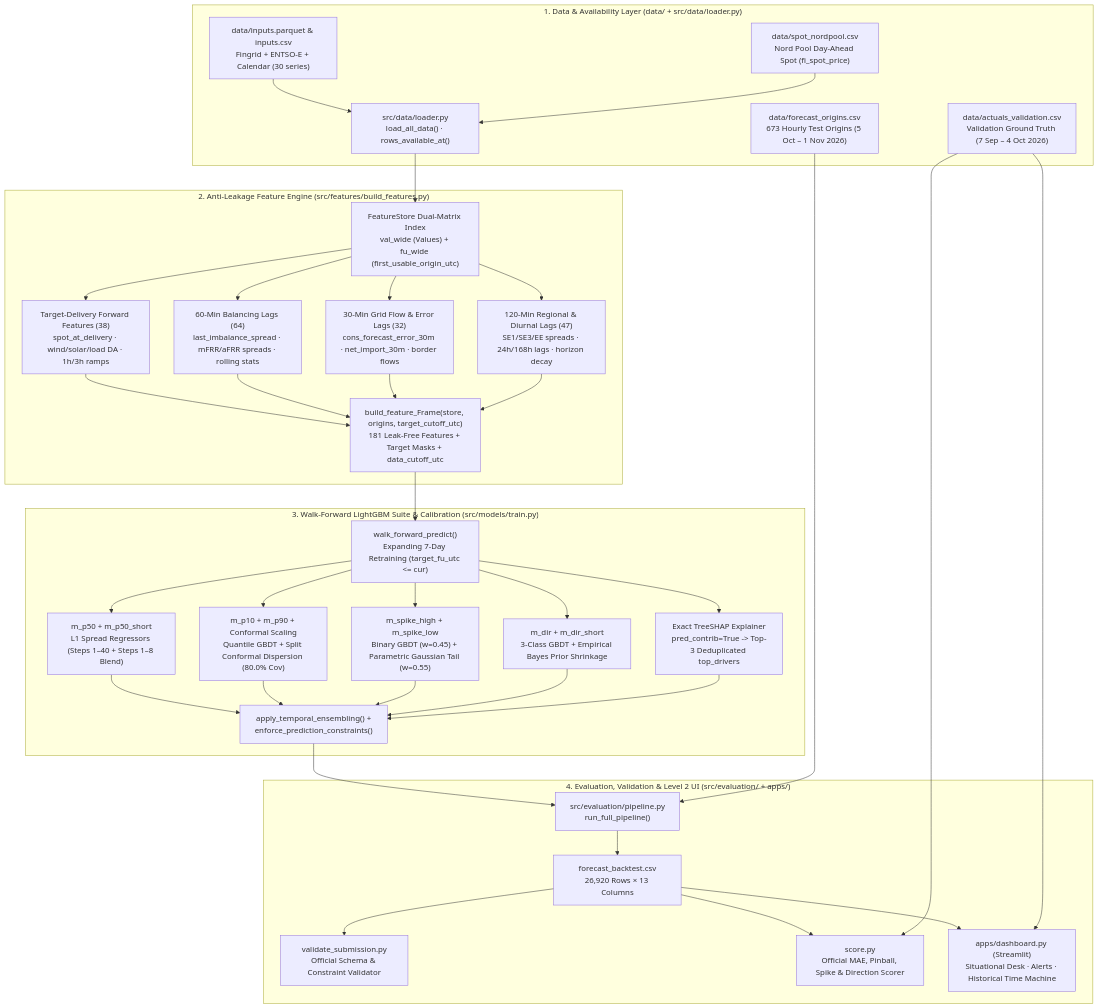
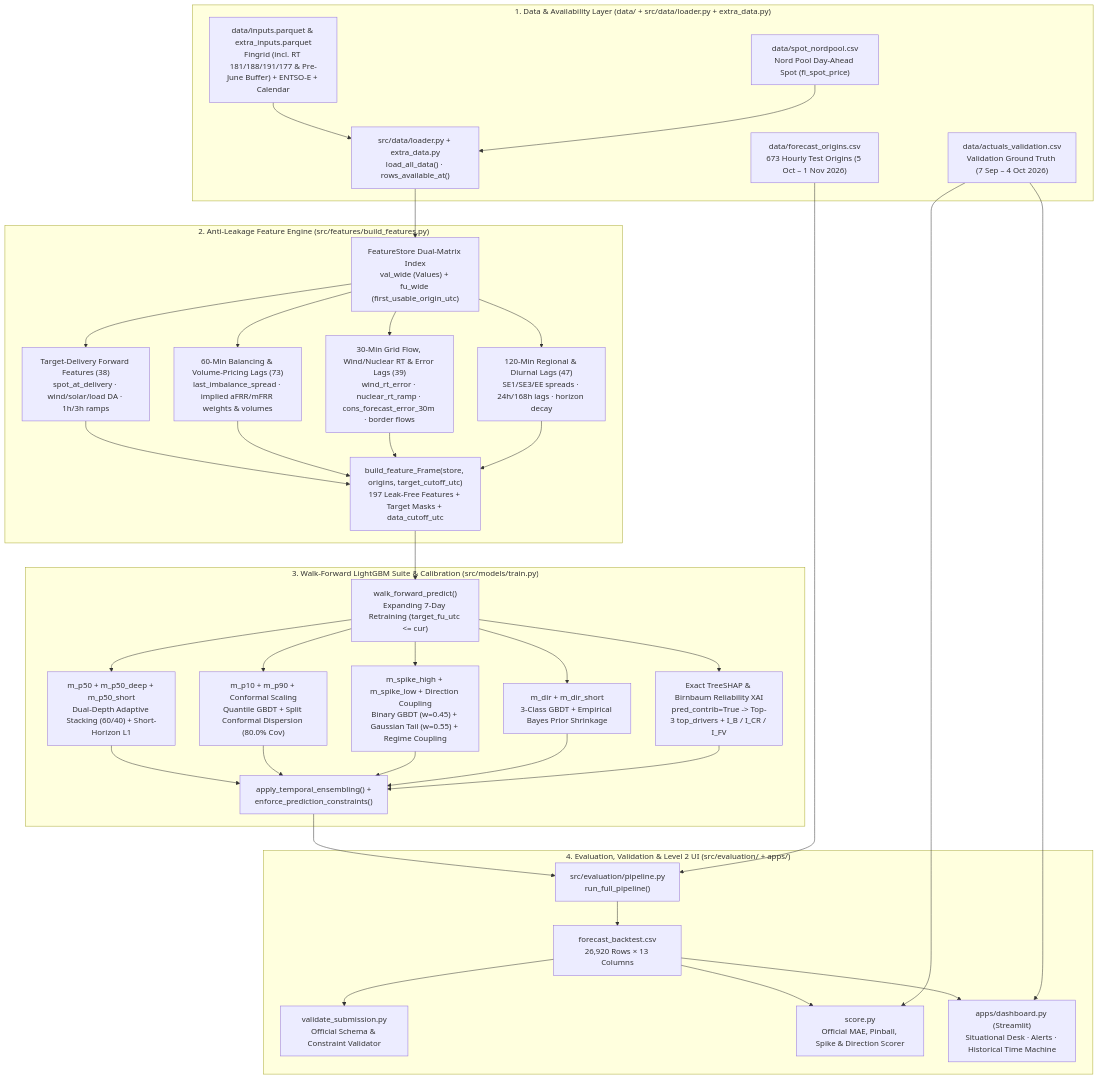
Before and after one commit to Pabl057/Turku_Energia_SinceAI: the first of 4 diagrams in docs/ARCHITECTURE.md, drawn with Mermaid. The commit also changed 36 other files, not shown here.

````diff
--- a/docs/ARCHITECTURE.md
+++ b/docs/ARCHITECTURE.md
@@ -9,44 +9,44 @@
 ```mermaid
 flowchart TB
-    subgraph DATA_LAYER["1. Data & Availability Layer (data/ + src/data/loader.py)"]
-        INP["data/inputs.parquet & inputs.csv<br/>Fingrid + ENTSO-E + Calendar (30 series)"]
+    subgraph DATA_LAYER["1. Data & Availability Layer (data/ + src/data/loader.py + extra_data.py)"]
+        INP["data/inputs.parquet & extra_inputs.parquet<br/>Fingrid (incl. RT 181/188/191/177 & Pre-June Buffer) + ENTSO-E + Calendar"]
         SPOT["data/spot_nordpool.csv<br/>Nord Pool Day-Ahead Spot (fi_spot_price)"]
         ORIG["data/forecast_origins.csv<br/>673 Hourly Test Origins (5 Oct – 1 Nov 2026)"]
         ACT["data/actuals_validation.csv<br/>Validation Ground Truth (7 Sep – 4 Oct 2026)"]
-        LOAD["src/data/loader.py<br/>load_all_data() · rows_available_at()"]
+        LOAD["src/data/loader.py + extra_data.py<br/>load_all_data() · rows_available_at()"]
         INP & SPOT --> LOAD
     end
 
     subgraph FEAT_LAYER["2. Anti-Leakage Feature Engine (src/features/build_features.py)"]
         FS["FeatureStore Dual-Matrix Index<br/>val_wide (Values) + fu_wide (first_usable_origin_utc)"]
         F_FWD["Target-Delivery Forward Features (38)<br/>spot_at_delivery · wind/solar/load DA · 1h/3h ramps"]
-        F_60["60-Min Balancing Lags (64)<br/>last_imbalance_spread · mFRR/aFRR spreads · rolling stats"]
-        F_30["30-Min Grid Flow & Error Lags (32)<br/>cons_forecast_error_30m · net_import_30m · border flows"]
+        F_60["60-Min Balancing & Volume-Pricing Lags (73)<br/>last_imbalance_spread · implied aFRR/mFRR weights & volumes"]
+        F_30["30-Min Grid Flow, Wind/Nuclear RT & Error Lags (39)<br/>wind_rt_error · nuclear_rt_ramp · cons_forecast_error_30m · border flows"]
         F_120["120-Min Regional & Diurnal Lags (47)<br/>SE1/SE3/EE spreads · 24h/168h lags · horizon decay"]
-        BF["build_feature_Frame(store, origins, target_cutoff_utc)<br/>181 Leak-Free Features + Target Masks + data_cutoff_utc"]
+        BF["build_feature_Frame(store, origins, target_cutoff_utc)<br/>197 Leak-Free Features + Target Masks + data_cutoff_utc"]
         LOAD --> FS --> F_FWD & F_60 & F_30 & F_120 --> BF
     end
 
     subgraph MODEL_LAYER["3. Walk-Forward LightGBM Suite & Calibration (src/models/train.py)"]
         WF["walk_forward_predict()<br/>Expanding 7-Day Retraining (target_fu_utc <= cur)"]
-        MP50["m_p50 + m_p50_short<br/>L1 Spread Regressors (Steps 1–40 + Steps 1–8 Blend)"]
+        MP50["m_p50 + m_p50_deep + m_p50_short<br/>Dual-Depth Adaptive Stacking (60/40) + Short-Horizon L1"]
         MPQ["m_p10 + m_p90 + Conformal Scaling<br/>Quantile GBDT + Split Conformal Dispersion (80.0% Cov)"]
-        MSPIKE["m_spike_high + m_spike_low<br/>Binary GBDT (w=0.45) + Parametric Gaussian Tail (w=0.55)"]
+        MSPIKE["m_spike_high + m_spike_low + Direction Coupling<br/>Binary GBDT (w=0.45) + Gaussian Tail (w=0.55) + Regime Coupling"]
         MDIR["m_dir + m_dir_short<br/>3-Class GBDT + Empirical Bayes Prior Shrinkage"]
-        SHAP["Exact TreeSHAP Explainer<br/>pred_contrib=True -> Top-3 Deduplicated top_drivers"]
+        SHAP["Exact TreeSHAP & Birnbaum Reliability XAI<br/>pred_contrib=True -> Top-3 top_drivers + I_B / I_CR / I_FV"]
         POST["apply_temporal_ensembling() +<br/>enforce_prediction_constraints()"]
         BF --> WF --> MP50 & MPQ & MSPIKE & MDIR & SHAP --> POST
     end
 
     subgraph EVAL_UI_LAYER["4. Evaluation, Validation & Level 2 UI (src/evaluation/ + apps/)"]
         PIPE["src/evaluation/pipeline.py<br/>run_full_pipeline()"]
         SUB["forecast_backtest.csv<br/>26,920 Rows × 13 Columns"]
         VAL["validate_submission.py<br/>Official Schema & Constraint Validator"]
         SCR["score.py<br/>Official MAE, Pinball, Spike & Direction Scorer"]
         DASH["apps/dashboard.py (Streamlit)<br/>Situational Desk · Alerts · Historical Time Machine"]
         POST --> PIPE
         ORIG --> PIPE
         PIPE --> SUB --> VAL & SCR & DASH
         ACT --> SCR & DASH
     end
 ```
````
